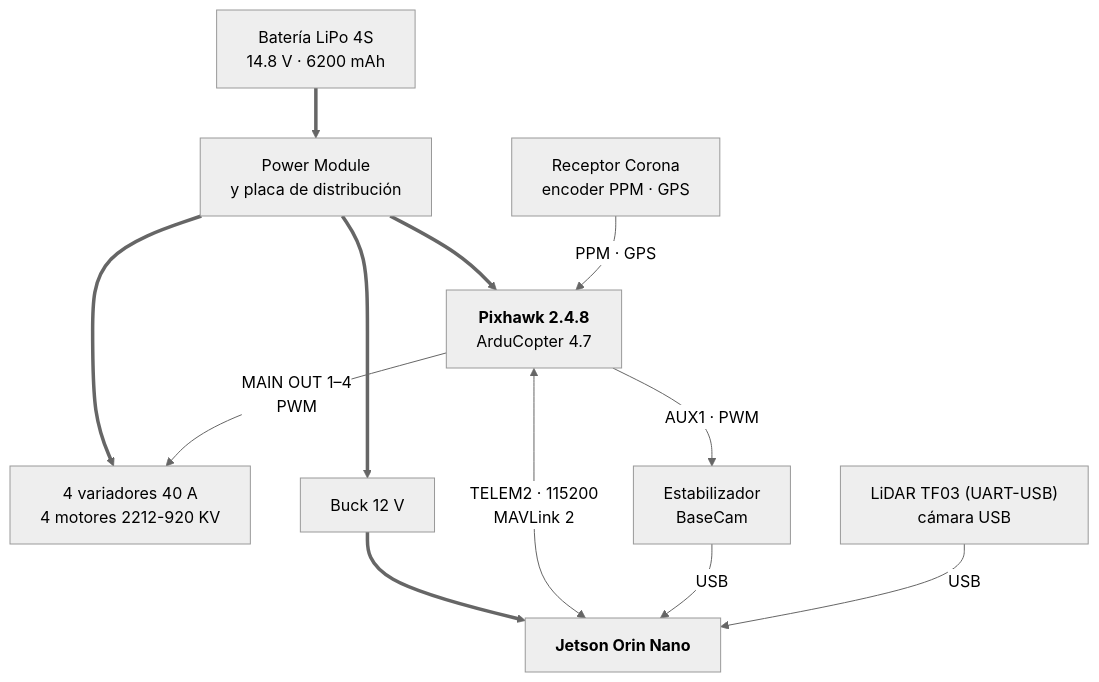
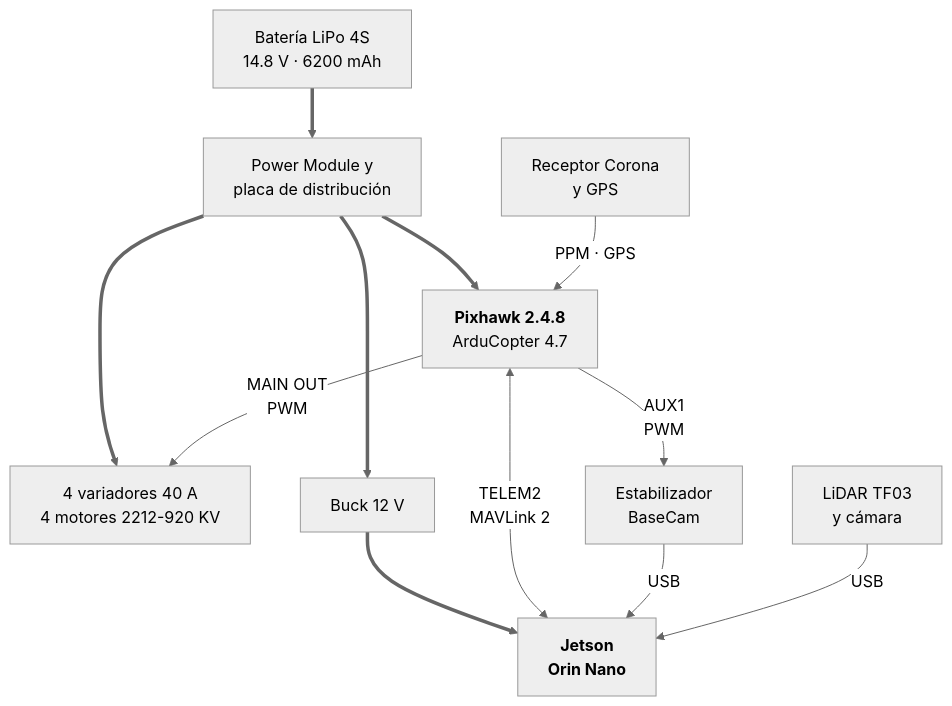
One commit to brahianorrego/Tesis-IA-Drone changed the diagram in docs/documento/diagramas/09_conexiones.mmd. Above: the diagram before and after it, drawn with Mermaid (neutral theme). The commit also changed 30 other files, not shown here.

First line of the commit message:
Documento v5: antecedentes completos, tablas con cuadrícula uniforme, diagramas rehechos, preparación de la jornada en 2.3.5

```diff
--- a/docs/documento/diagramas/09_conexiones.mmd
+++ b/docs/documento/diagramas/09_conexiones.mmd
@@ -1,11 +1,11 @@
 flowchart TB
-    BAT["Batería LiPo 4S<br/>14.8 V · 6200 mAh"] ==> PM["Power Module<br/>y placa de distribución"]
+    BAT["Batería LiPo 4S<br/>14.8 V · 6200 mAh"] ==> PM["Power Module y<br/>placa de distribución"]
     PM ==> ESC["4 variadores 40 A<br/>4 motores 2212-920 KV"]
-    PM ==> BUCK["Buck 12 V"] ==> JET["<b>Jetson Orin Nano</b>"]
+    PM ==> BUCK["Buck 12 V"] ==> JET["<b>Jetson<br/>Orin Nano</b>"]
     PM ==> PIX["<b>Pixhawk 2.4.8</b><br/>ArduCopter 4.7"]
-    RX["Receptor Corona<br/>encoder PPM · GPS"] -->|"PPM · GPS"| PIX
-    PIX -->|"MAIN OUT 1–4<br/>PWM"| ESC
-    PIX <-->|"TELEM2 · 115200<br/>MAVLink 2"| JET
-    PIX -->|"AUX1 · PWM"| GIM["Estabilizador<br/>BaseCam"]
+    RX["Receptor Corona<br/>y GPS"] -->|"PPM · GPS"| PIX
+    PIX -->|"MAIN OUT<br/>PWM"| ESC
+    PIX <-->|"TELEM2<br/>MAVLink 2"| JET
+    PIX -->|"AUX1<br/>PWM"| GIM["Estabilizador<br/>BaseCam"]
     GIM -->|"USB"| JET
-    SEN["LiDAR TF03 (UART-USB)<br/>cámara USB"] -->|"USB"| JET
+    SEN["LiDAR TF03<br/>y cámara"] -->|"USB"| JET
```
